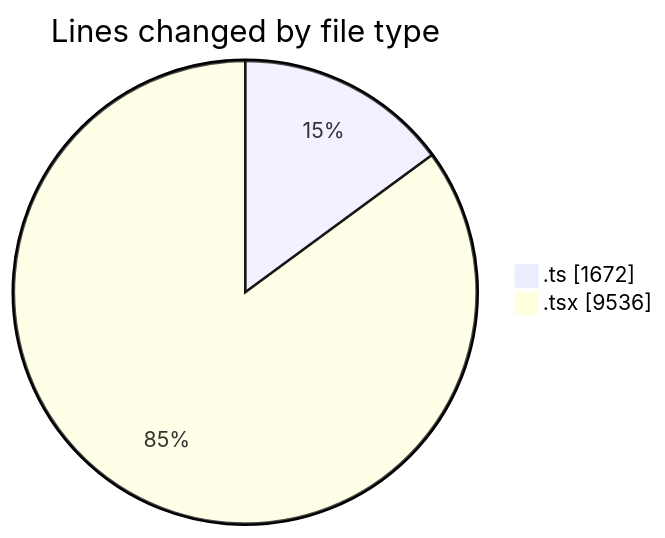
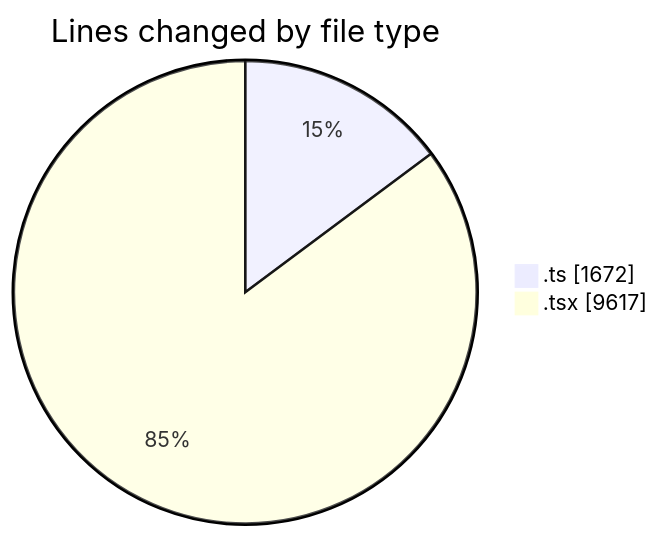
One commit to nxtqubesakshisongat/code-tracking changed the first of 2 diagrams in 2026-08-21/nxtqube_webapp/README.md. Above: the diagram before and after it, drawn with Mermaid. The commit also changed other lines of this file and 1 other file, not shown here.

````diff
--- a/2026-08-21/nxtqube_webapp/README.md
+++ b/2026-08-21/nxtqube_webapp/README.md
@@ -44,6 +45,6 @@
 ```mermaid
 pie showData
 title Lines changed by file type
 ".ts" : 1672
-".tsx" : 9536
+".tsx" : 9617
 ```
````
